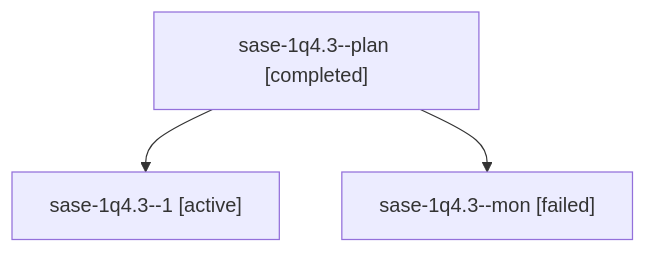
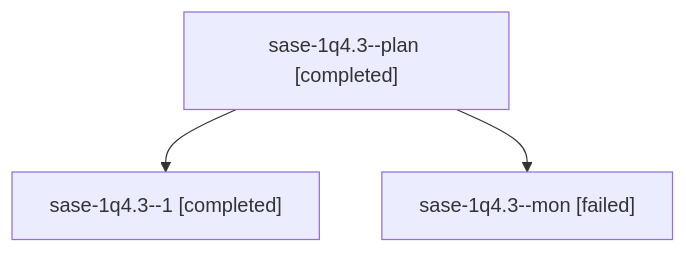
Before and after one commit to sase-org/sase--agents: the diagram in sessions/bbugyi200.athena.sase-1q4.3.md, drawn with Mermaid. The commit also changed other lines of this file and 29 other files, not shown here.

````diff
--- a/sessions/bbugyi200.athena.sase-1q4.3.md
+++ b/sessions/bbugyi200.athena.sase-1q4.3.md
@@ -9,8 +9,8 @@
 ```mermaid
 flowchart TD
   n0["sase-1q4.3--plan [completed]"]
-  n1["sase-1q4.3--1 [active]"]
+  n1["sase-1q4.3--1 [completed]"]
   n0 --> n1
   n2["sase-1q4.3--mon [failed]"]
   n0 --> n2
 ```
````
